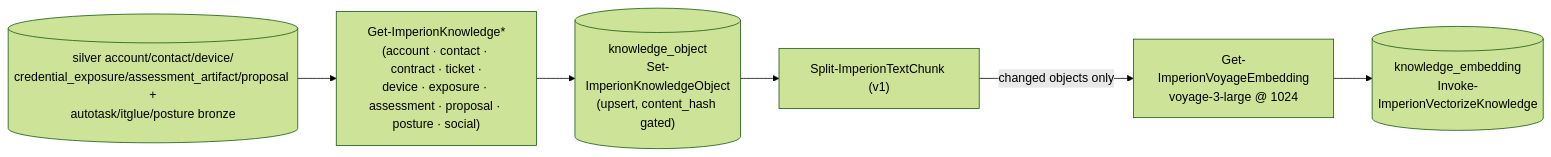
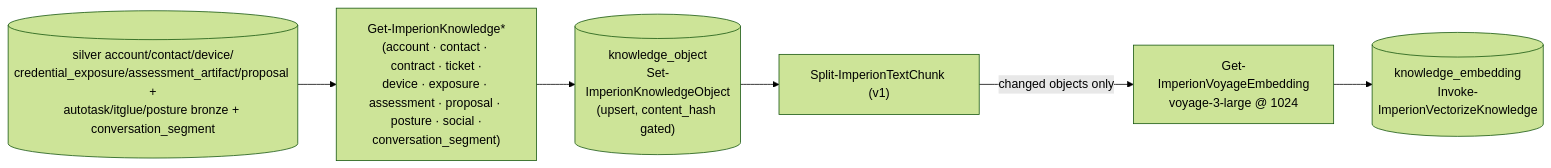
Before and after one commit to markdconnelly/ImperionCRM_LocalPipelineEnrichment: the diagram in docs/database/vector-lifecycle.md, drawn with Mermaid (forest theme). The commit also changed other lines of this file and 6 other files, not shown here.

````diff
--- a/docs/database/vector-lifecycle.md
+++ b/docs/database/vector-lifecycle.md
@@ -10,9 +10,9 @@
 ```mermaid
 flowchart LR
-    SILVER[("silver account/contact/device/<br/>credential_exposure/assessment_artifact/proposal +<br/>autotask/itglue/posture bronze")]
-    SILVER --> COMPOSE["Get-ImperionKnowledge*<br/>(account · contact · contract · ticket ·<br/>device · exposure · assessment · proposal · posture · social)"]
+    SILVER[("silver account/contact/device/<br/>credential_exposure/assessment_artifact/proposal +<br/>autotask/itglue/posture bronze + conversation_segment")]
+    SILVER --> COMPOSE["Get-ImperionKnowledge*<br/>(account · contact · contract · ticket ·<br/>device · exposure · assessment · proposal · posture · social ·<br/>conversation_segment)"]
     COMPOSE --> KO[("knowledge_object<br/>Set-ImperionKnowledgeObject<br/>(upsert, content_hash gated)")]
     KO --> CHUNK["Split-ImperionTextChunk (v1)"]
     CHUNK -->|changed objects only| VOYAGE["Get-ImperionVoyageEmbedding<br/>voyage-3-large @ 1024"]
     VOYAGE --> KE[("knowledge_embedding<br/>Invoke-ImperionVectorizeKnowledge")]
 ```
````
